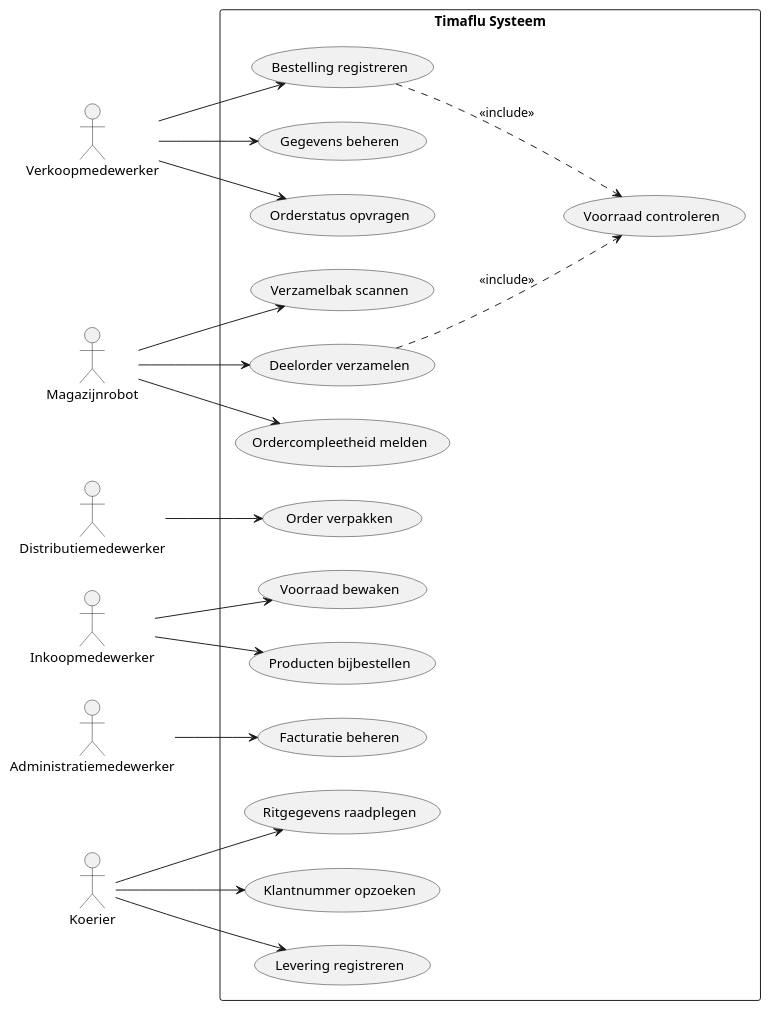
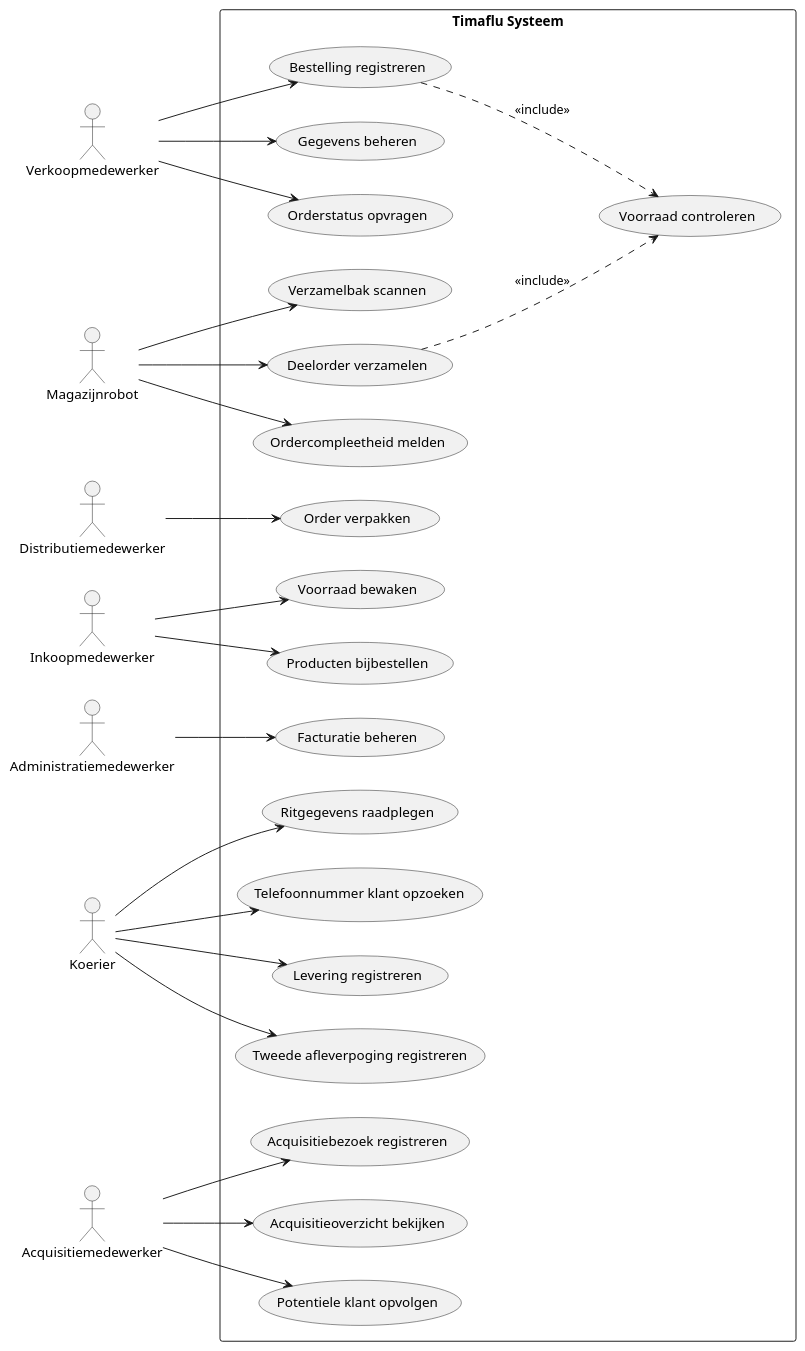
One commit to ViktorQorri/Project-Timaflu changed the diagram in Documentation/Architecture/uml/src/use_cases/informatiesysteem.puml. Above: the diagram before and after it, drawn with PlantUML. The commit also changed 14 other files, not shown here.

Commit message:
docs: close case traceability gaps in sequence and use-case diagrams

```diff
--- a/Documentation/Architecture/uml/src/use_cases/informatiesysteem.puml
+++ b/Documentation/Architecture/uml/src/use_cases/informatiesysteem.puml
@@ -1,37 +1,43 @@
 @startuml
 left to right direction
 skinparam packageStyle rectangle
 
 actor "Verkoopmedewerker" as Sales
 actor "Magazijnrobot" as Robot
 actor "Distributiemedewerker" as Distro
 actor "Inkoopmedewerker" as Purchaser
 actor "Administratiemedewerker" as Admin
 actor "Koerier" as Courier
+actor "Acquisitiemedewerker" as Acquisition
 
 rectangle "Timaflu Systeem" {
     
     Sales --> (Bestelling registreren)
     Sales --> (Gegevens beheren)
     Sales --> (Orderstatus opvragen)
     
     (Bestelling registreren) ..> (Voorraad controleren) : <<include>>
     
     Robot --> (Verzamelbak scannen)
     Robot --> (Deelorder verzamelen)
     Robot --> (Ordercompleetheid melden)
     
     (Deelorder verzamelen) ..> (Voorraad controleren) : <<include>>
     
     Distro --> (Order verpakken)
     
     Purchaser --> (Voorraad bewaken)
     Purchaser --> (Producten bijbestellen)
     
     Admin --> (Facturatie beheren)
     
     Courier --> (Ritgegevens raadplegen)
-    Courier --> (Klantnummer opzoeken)
+    Courier --> (Telefoonnummer klant opzoeken)
     Courier --> (Levering registreren)
+    Courier --> (Tweede afleverpoging registreren)
+
+    Acquisition --> (Acquisitiebezoek registreren)
+    Acquisition --> (Acquisitieoverzicht bekijken)
+    Acquisition --> (Potentiele klant opvolgen)
 }
 @enduml
```
